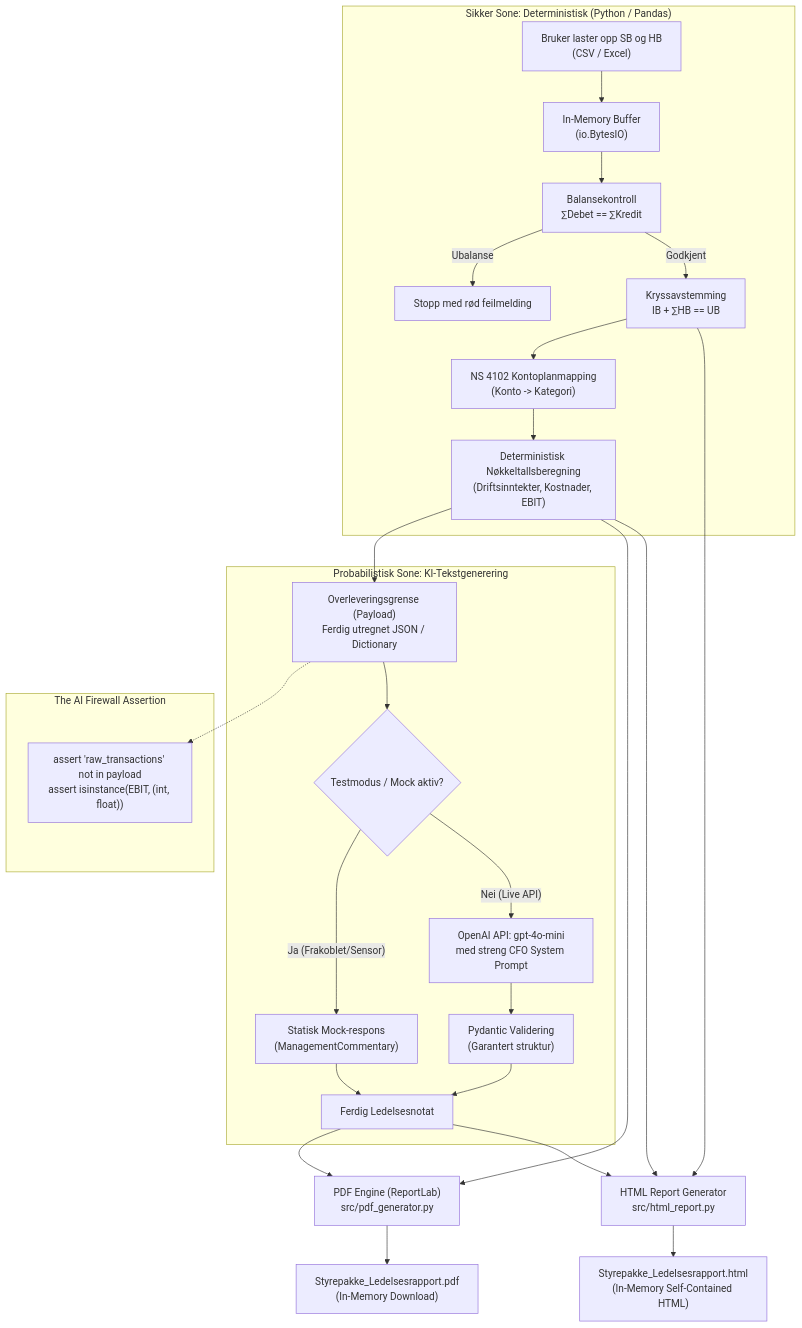
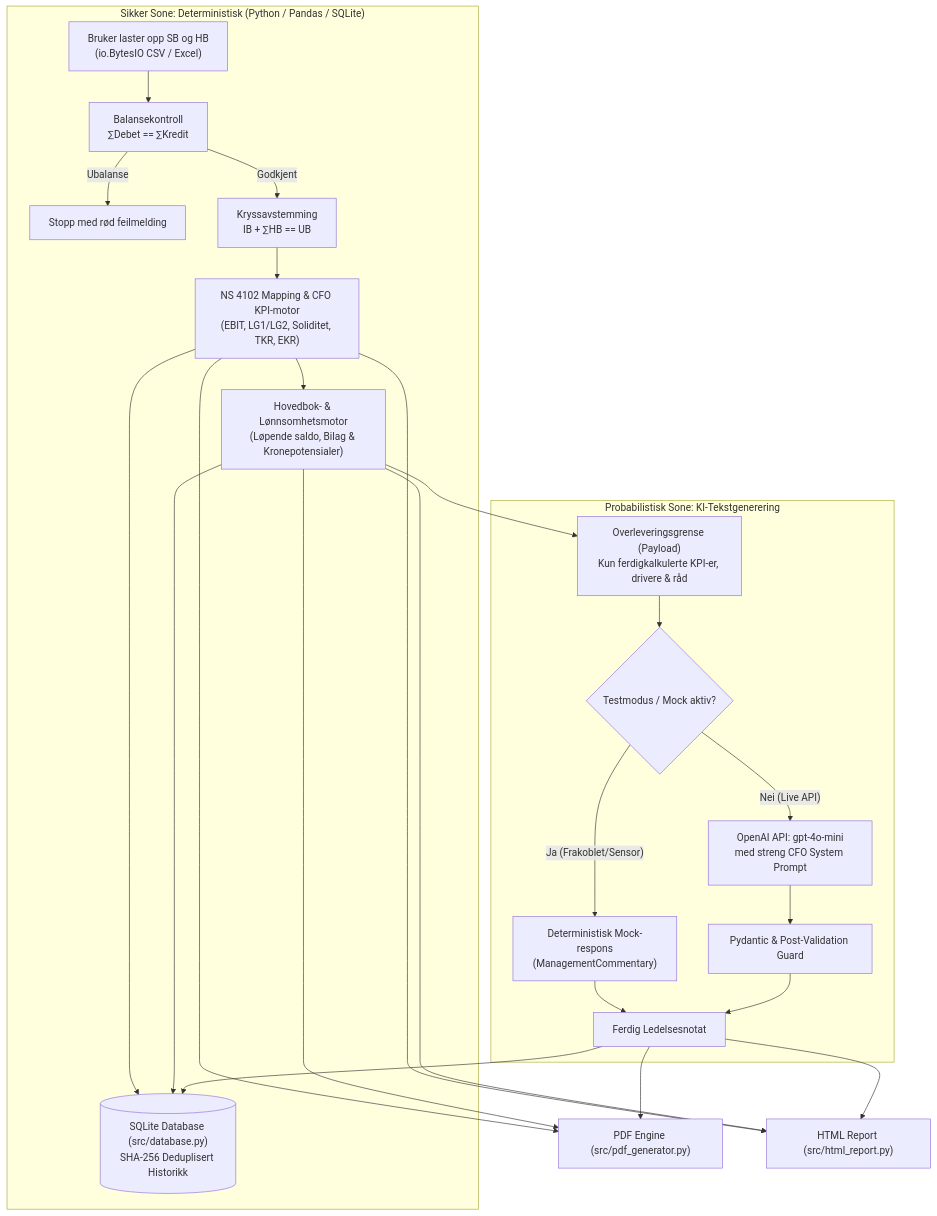
The diagram in docs/04_architecture/ARCHITECTURE.md (IBE160-2026/G56-guimaraes), drawn with Mermaid before and after one commit. The commit also changed other lines of this file and 27 other files, not shown here.

````diff
--- a/docs/04_architecture/ARCHITECTURE.md
+++ b/docs/04_architecture/ARCHITECTURE.md
@@ -29,35 +31,31 @@
 ```mermaid
 flowchart TD
-    subgraph SIKKER_SONE ["Sikker Sone: Deterministisk (Python / Pandas)"]
-        A["Bruker laster opp SB og HB<br/>(CSV / Excel)"] --> B["In-Memory Buffer<br/>(io.BytesIO)"]
-        B --> C["Balansekontroll<br/>∑Debet == ∑Kredit"]
-        C -- "Ubalanse" --> D["Stopp med rød feilmelding"]
-        C -- "Godkjent" --> E["Kryssavstemming<br/>IB + ∑HB == UB"]
-        E --> F["NS 4102 Kontoplanmapping<br/>(Konto -> Kategori)"]
-        F --> G["Deterministisk Nøkkeltallsberegning<br/>(Driftsinntekter, Kostnader, EBIT)"]
+    subgraph SIKKER_SONE ["Sikker Sone: Deterministisk (Python / Pandas / SQLite)"]
+        A["Bruker laster opp SB og HB<br/>(io.BytesIO CSV / Excel)"] --> B["Balansekontroll<br/>∑Debet == ∑Kredit"]
+        B -- "Ubalanse" --> C["Stopp med rød feilmelding"]
+        B -- "Godkjent" --> D["Kryssavstemming<br/>IB + ∑HB == UB"]
+        D --> E["NS 4102 Mapping & CFO KPI-motor<br/>(EBIT, LG1/LG2, Soliditet, TKR, EKR)"]
+        E --> F["Hovedbok- & Lønnsomhetsmotor<br/>(Løpende saldo, Bilag & Kronepotensialer)"]
+        E --> DB[("SQLite Database (src/database.py)<br/>SHA-256 Deduplisert Historikk")]
+        F --> DB
     end
 
-    G --> H["Overleveringsgrense (Payload)<br/>Ferdig utregnet JSON / Dictionary"]
+    F --> H["Overleveringsgrense (Payload)<br/>Kun ferdigkalkulerte KPI-er, drivere & råd"]
 
     subgraph PROBABILISTISK_SONE ["Probabilistisk Sone: KI-Tekstgenerering"]
         H --> I{"Testmodus / Mock aktiv?"}
-        I -- "Ja (Frakoblet/Sensor)" --> J["Statisk Mock-respons<br/>(ManagementCommentary)"]
+        I -- "Ja (Frakoblet/Sensor)" --> J["Deterministisk Mock-respons<br/>(ManagementCommentary)"]
         I -- "Nei (Live API)" --> K["OpenAI API: gpt-4o-mini<br/>med streng CFO System Prompt"]
-        K --> L["Pydantic Validering<br/>(Garantert struktur)"]
+        K --> L["Pydantic & Post-Validation Guard"]
         J --> M["Ferdig Ledelsesnotat"]
         L --> M
     end
 
-    subgraph BRANNMUR_ASSERTION ["The AI Firewall Assertion"]
-        H -.-> FW["assert 'raw_transactions' not in payload<br/>assert isinstance(EBIT, (int, float))"]
-    end
-
-    M --> N["PDF Engine (ReportLab)<br/>src/pdf_generator.py"]
-    G --> N
-    N --> O["Styrepakke_Ledelsesrapport.pdf<br/>(In-Memory Download)"]
-
-    M --> P["HTML Report Generator<br/>src/html_report.py"]
-    G --> P
+    M --> DB
+    M --> N["PDF Engine (src/pdf_generator.py)"]
+    E --> N
+    F --> N
+    M --> P["HTML Report (src/html_report.py)"]
     E --> P
-    P --> Q["Styrepakke_Ledelsesrapport.html<br/>(In-Memory Self-Contained HTML)"]
+    F --> P
 ```
````
